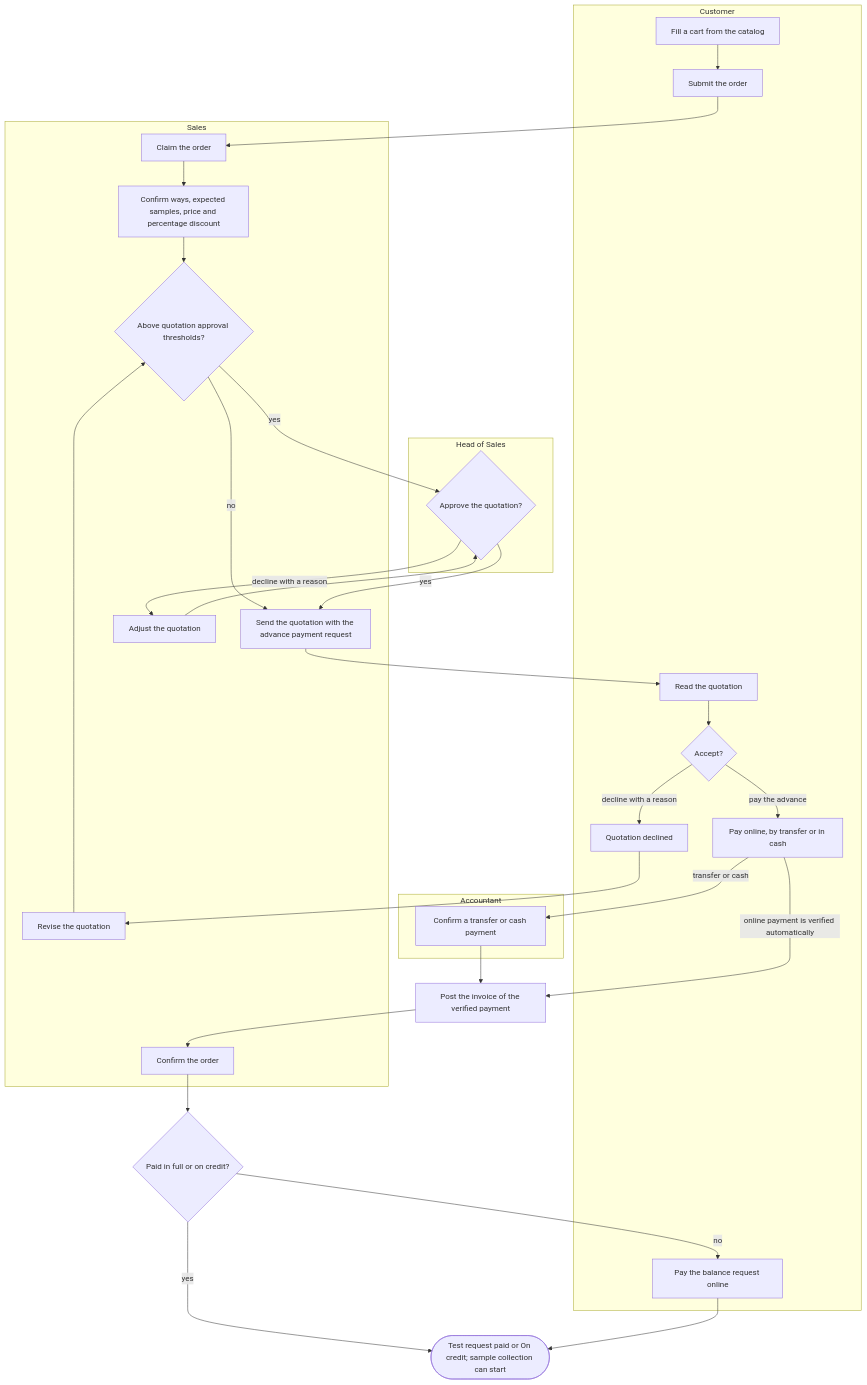
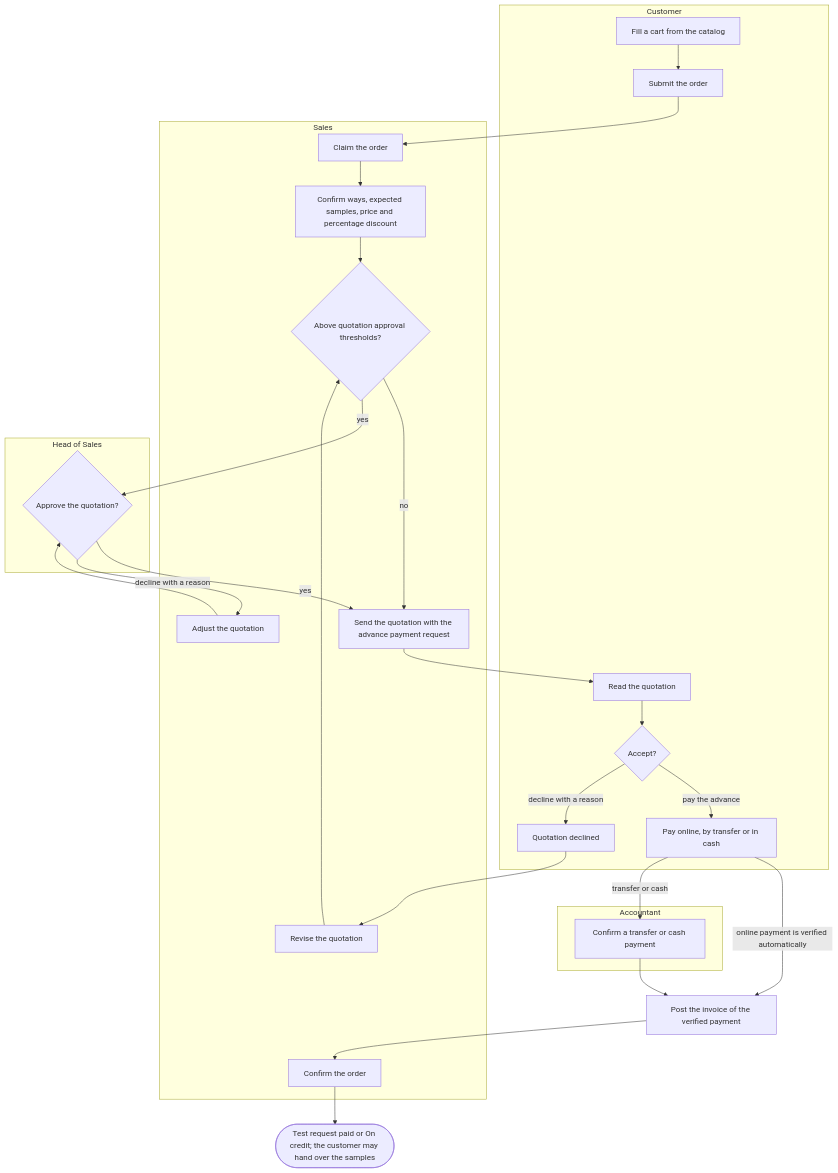
One commit to SoltuneMontepre/medilab changed the first of 17 diagrams in docs/functional/business-flows.md. Above: the diagram before and after it, drawn with Mermaid. The commit also changed other lines of this file and 15 other files, not shown here.

````diff
--- a/docs/functional/business-flows.md
+++ b/docs/functional/business-flows.md
@@ -50,35 +51,32 @@
 ```mermaid
 flowchart TD
     subgraph lane1 ["Customer"]
         c1[Fill a cart from the catalog] --> c2[Submit the order]
         c3[Read the quotation] --> c4{Accept?}
         c4 -->|pay the advance| c5[Pay online, by transfer or in cash]
         c4 -->|decline with a reason| c6[Quotation declined]
-        c7[Pay the balance request online]
     end
     subgraph lane2 ["Sales"]
         s1[Claim the order] --> s2[Confirm ways, expected samples, price and percentage discount]
         s2 --> gate{Above quotation approval thresholds?}
         gate -->|no| s3[Send the quotation with the advance payment request]
         s4[Confirm the order]
         s6[Revise the quotation]
         s7[Adjust the quotation]
     end
     subgraph lane3 ["Accountant"]
         a1[Confirm a transfer or cash payment]
     end
     subgraph lane4 ["Head of Sales"]
         h0{Approve the quotation?}
     end
     c2 --> s1
     gate -->|yes| h0
     h0 -->|yes| s3
     h0 -->|decline with a reason| s7 --> h0
     s3 --> c3
     c5 -->|online payment is verified automatically| posted[Post the invoice of the verified payment] --> s4
     c5 -->|transfer or cash| a1 --> posted
     c6 --> s6 --> gate
-    s4 --> paid{Paid in full or on credit?}
-    paid -->|yes| done(["Test request paid or On credit; sample collection can start"])
-    paid -->|no| c7 --> done
+    s4 --> done(["Test request paid or On credit; the customer may hand over the samples"])
 ```
````
